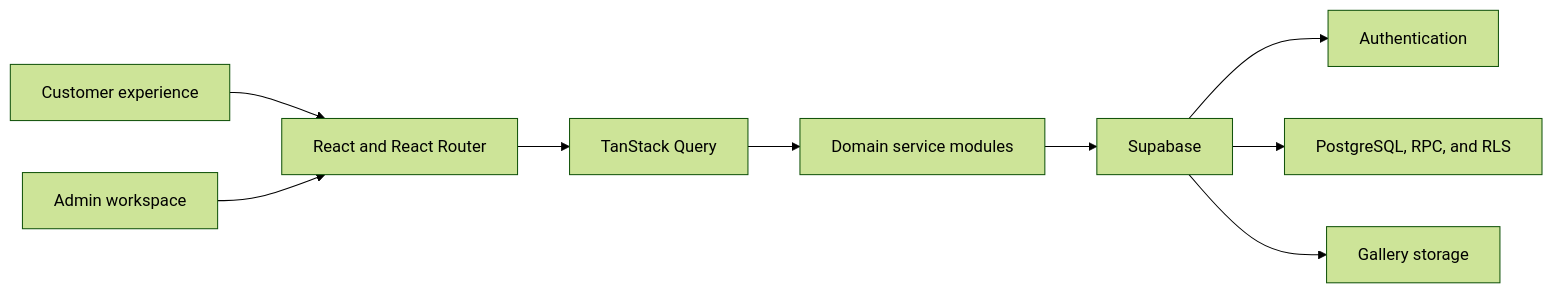
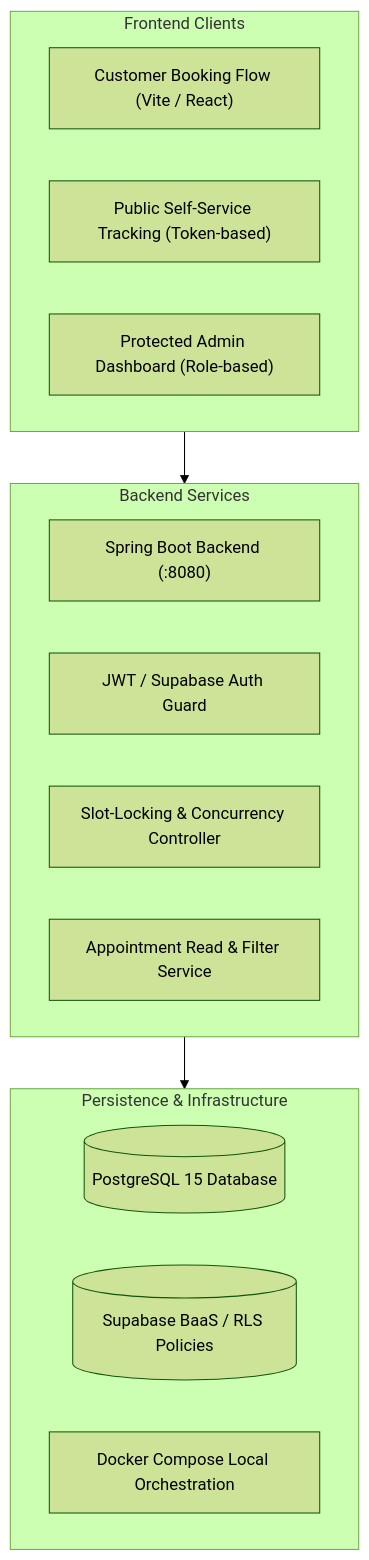
One commit to abdullahberkeozder/my-portfolio changed the diagram in the-welding-expert-app/README.md. Above: the diagram before and after it, drawn with Mermaid (forest theme). The commit also changed other lines of this file and 431 other files, not shown here.

Commit message:
refactor(monorepo): unify The Welding Expert App (Umut Usta) under the-welding-expert-app/ with backend, frontend, compose & bilingual README

````diff
--- a/the-welding-expert-app/README.md
+++ b/the-welding-expert-app/README.md
@@ -109,11 +35,24 @@
 ```mermaid
-flowchart LR
-    Customer["Customer experience"] --> React["React and React Router"]
-    Team["Admin workspace"] --> React
-    React --> Query["TanStack Query"]
-    Query --> Services["Domain service modules"]
-    Services --> Supabase["Supabase"]
-    Supabase --> Auth["Authentication"]
-    Supabase --> Database["PostgreSQL, RPC, and RLS"]
-    Supabase --> Storage["Gallery storage"]
+flowchart TD
+    subgraph ClientLayer["Frontend Clients"]
+        CustomerUI["Customer Booking Flow (Vite / React)"]
+        TrackingUI["Public Self-Service Tracking (Token-based)"]
+        AdminUI["Protected Admin Dashboard (Role-based)"]
+    end
+
+    subgraph BackendLayer["Backend Services"]
+        SpringBoot["Spring Boot Backend (:8080)"]
+        AuthFilter["JWT / Supabase Auth Guard"]
+        SlotEngine["Slot-Locking & Concurrency Controller"]
+        ReadService["Appointment Read & Filter Service"]
+    end
+
+    subgraph DataLayer["Persistence & Infrastructure"]
+        Postgres[(PostgreSQL 15 Database)]
+        Supabase[(Supabase BaaS / RLS Policies)]
+        DockerCompose["Docker Compose Local Orchestration"]
+    end
+
+    ClientLayer --> BackendLayer
+    BackendLayer --> DataLayer
 ```
````
